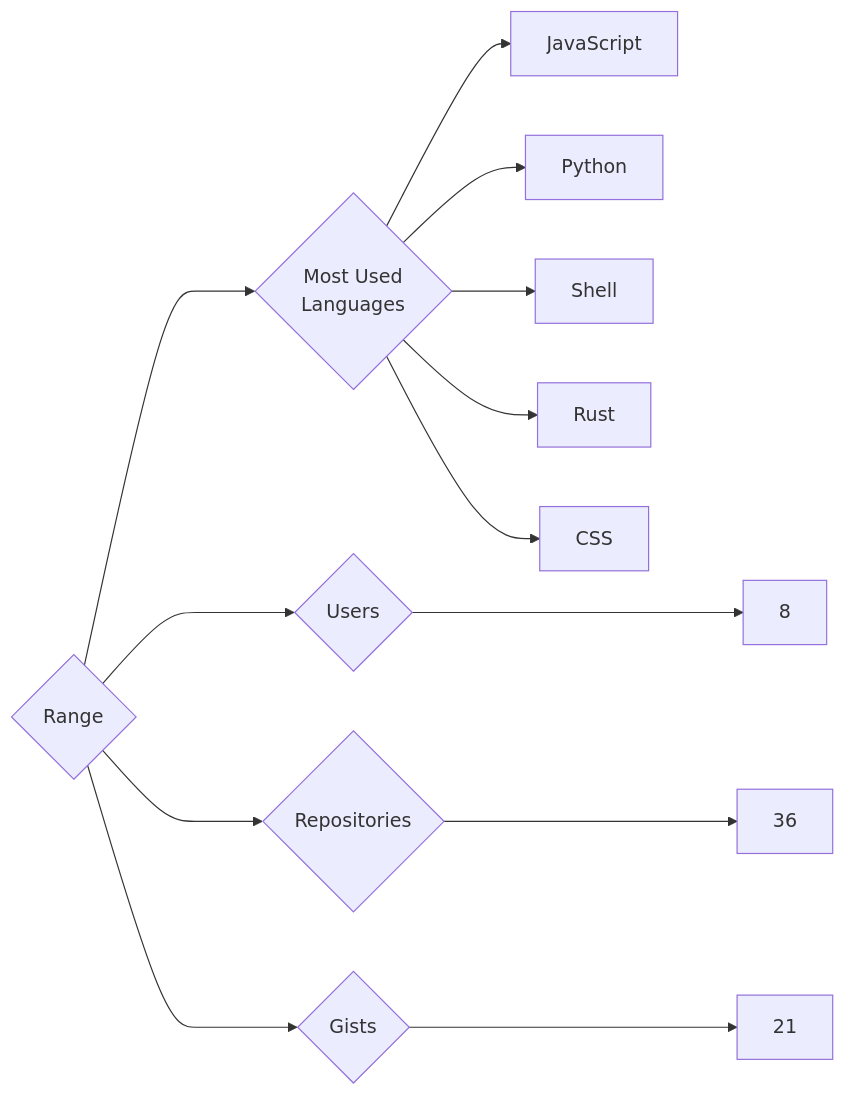
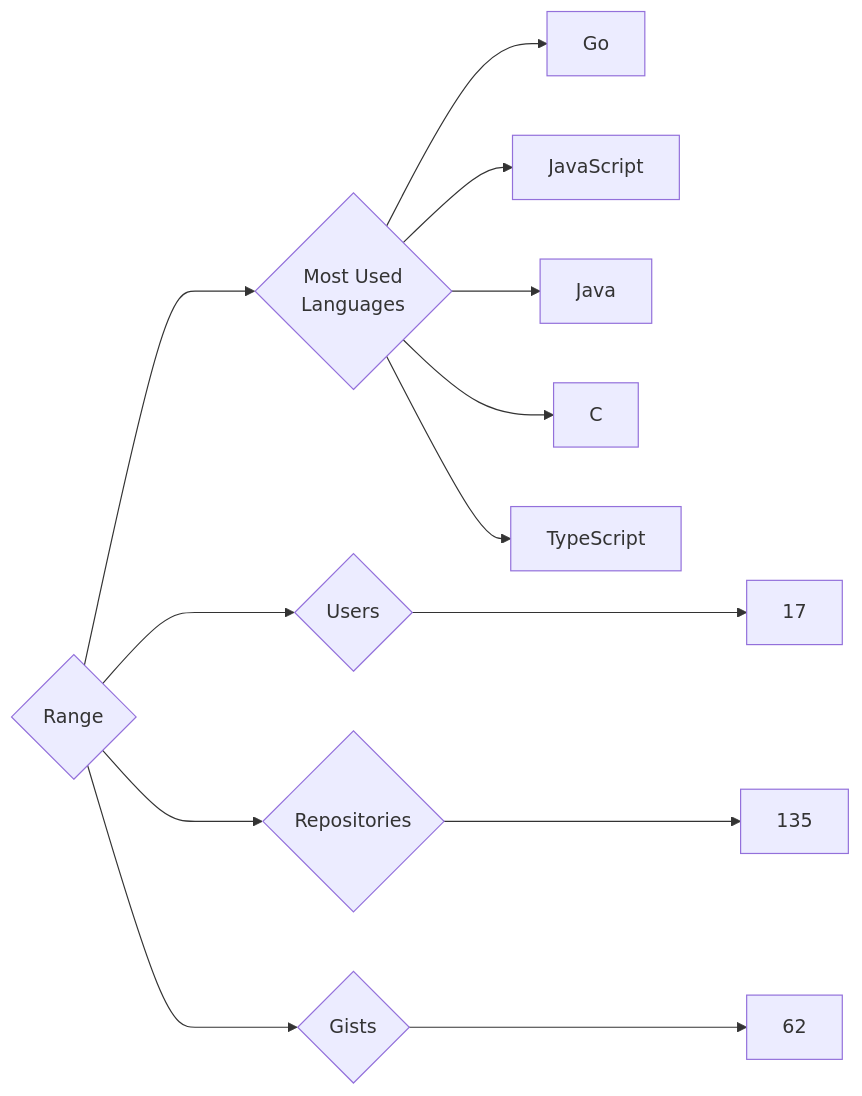
The diagram in targets/Range/README.md (trickest/insiders), drawn with Mermaid before and after one commit. The commit also changed 948 other files, not shown here.

````diff
--- a/targets/Range/README.md
+++ b/targets/Range/README.md
@@ -3,13 +3,13 @@
 ```mermaid
 graph LR
 COMPANY_NAME{Range}
-COMPANY_NAME ---> U{Users} ---> UN[8]
-COMPANY_NAME ---> R{Repositories} ---> RN[36]
-COMPANY_NAME ---> G{Gists} ---> GN[21]
+COMPANY_NAME ---> U{Users} ---> UN[17]
+COMPANY_NAME ---> R{Repositories} ---> RN[135]
+COMPANY_NAME ---> G{Gists} ---> GN[62]
 COMPANY_NAME ---> ML{Most Used<br>Languages}
+ML --> Go[Go]
 ML --> JavaScript[JavaScript]
-ML --> Python[Python]
-ML --> Shell[Shell]
-ML --> Rust[Rust]
-ML --> CSS[CSS]
+ML --> Java[Java]
+ML --> C[C]
+ML --> TypeScript[TypeScript]
 ```
````
